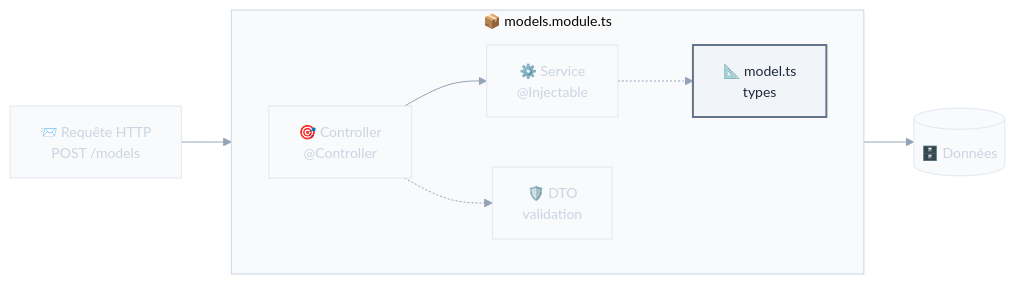
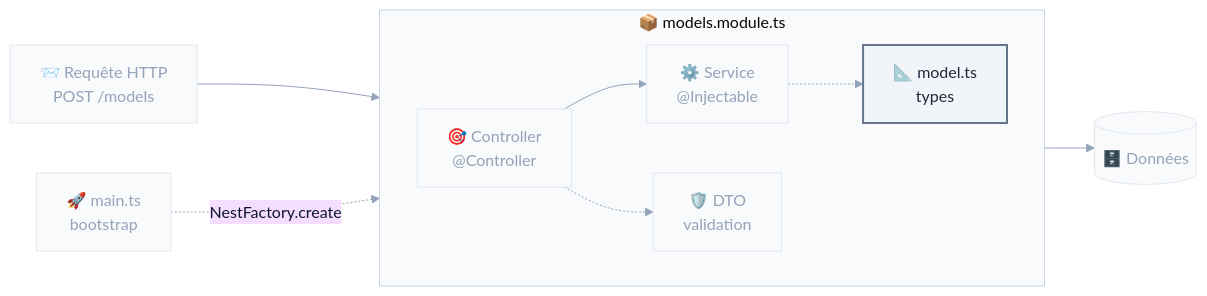
Before and after one commit to gaetanmaisse/ismin-web-2026-tps: the third of 9 diagrams in slides/s02-nestjs.md, drawn with Mermaid. The commit also changed other lines of this file, not shown here.

First line of the commit message:
feat(s02): la carte Nest en pleine page avant chaque pièce

````diff
--- a/slides/s02-nestjs.md
+++ b/slides/s02-nestjs.md
@@ -581,26 +589,29 @@
-```mermaid {scale: 0.38}
-%%{init: {'theme':'base','themeVariables':{'fontFamily':'ui-sans-serif, -apple-system, Segoe UI, sans-serif','fontSize':'14px','lineColor':'#94a3b8','primaryTextColor':'#0f172a','clusterBkg':'#f8fafc','clusterBorder':'#cbd5e1'}}}%%
+```mermaid {scale: 0.95}
+%%{init: {'theme':'base','themeVariables':{'fontFamily':'ui-sans-serif, -apple-system, Segoe UI, sans-serif','fontSize':'16px','lineColor':'#94a3b8','primaryTextColor':'#0f172a','clusterBkg':'#f8fafc','clusterBorder':'#cbd5e1'}}}%%
 flowchart LR
+  MA["🚀 main.ts<br/>bootstrap"] -.->|"NestFactory.create"| M
   R["📨 Requête HTTP<br/>POST /models"] --> C
   subgraph M["📦 models.module.ts"]
     direction LR
     C["🎯 Controller<br/>@Controller"] --> S["⚙️ Service<br/>@Injectable"]
     C -.-> D["🛡️ DTO<br/>validation"]
     S -.-> E["📐 model.ts<br/>types"]
   end
   S --> DB[("🗄️ Données")]
 
+  classDef boot fill:#fee2e2,stroke:#dc2626,stroke-width:3px,color:#7f1d1d
   classDef req fill:#fef3c7,stroke:#f59e0b,stroke-width:2px,color:#78350f
   classDef ctrl fill:#dbeafe,stroke:#2563eb,stroke-width:2px,color:#1e3a5f
   classDef svc fill:#ede9fe,stroke:#7c3aed,stroke-width:2px,color:#3b0764
   classDef dto fill:#ccfbf1,stroke:#0d9488,stroke-width:2px,color:#134e4a
   classDef typ fill:#f1f5f9,stroke:#64748b,stroke-width:2px,color:#1e293b
   classDef db fill:#dcfce7,stroke:#16a34a,stroke-width:2px,color:#14532d
-  classDef mute fill:#f8fafc,stroke:#e2e8f0,stroke-width:1px,color:#cbd5e1
+  classDef mute fill:#f8fafc,stroke:#e2e8f0,stroke-width:1px,color:#94a3b8
+  class MA mute
   class R mute
   class C mute
   class S mute
   class D mute
   class E typ
   class DB mute
 ```
````
